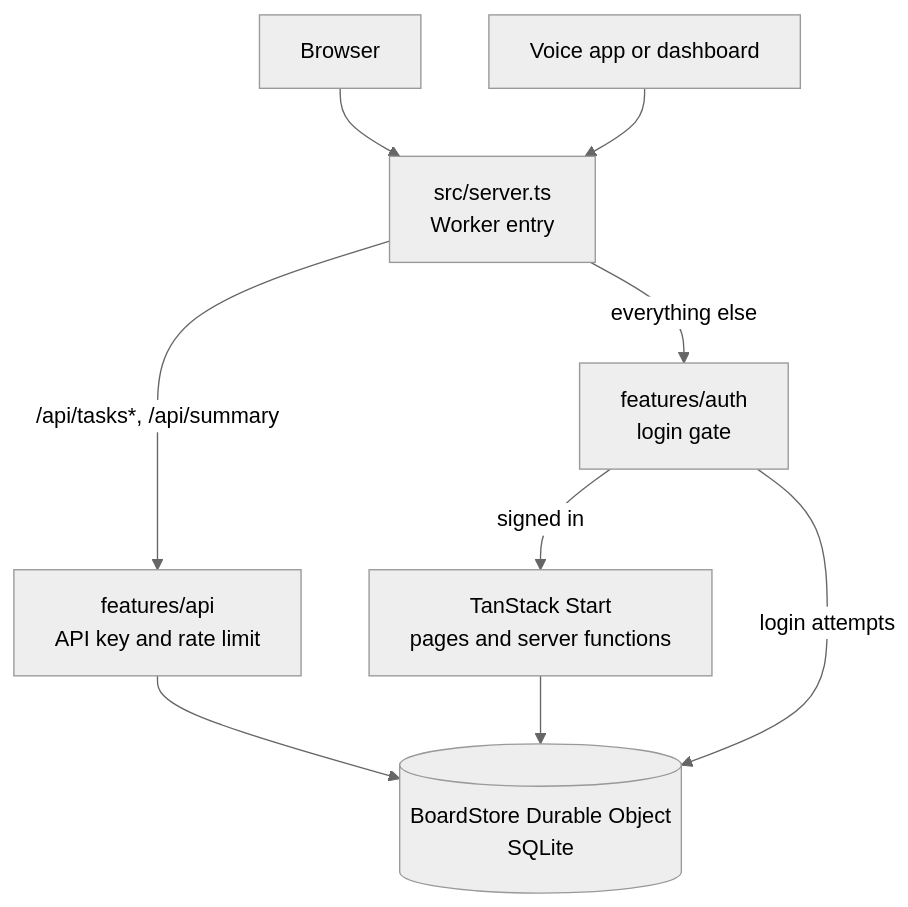
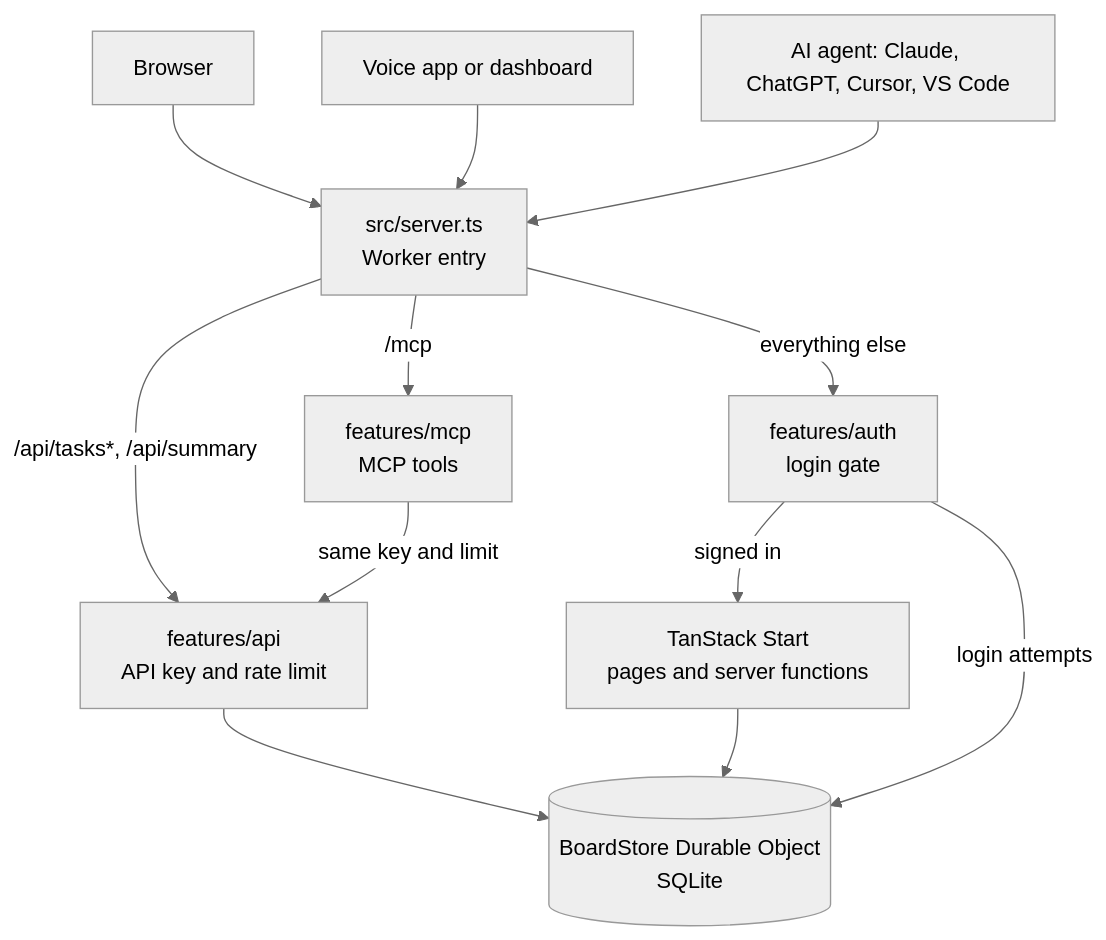
One commit to avinashboy/work-in-hand changed the diagram in docs/ARCHITECTURE.md. Above: the diagram before and after it, drawn with Mermaid (neutral theme). The commit also changed other lines of this file and 16 other files, not shown here.

````diff
--- a/docs/ARCHITECTURE.md
+++ b/docs/ARCHITECTURE.md
@@ -9,12 +9,15 @@
 ```mermaid
 flowchart TD
     A[Browser] --> W
     B[Voice app or dashboard] --> W
+    C[AI agent: Claude, ChatGPT, Cursor, VS Code] --> W
     W["src/server.ts<br/>Worker entry"] -->|"/api/tasks*, /api/summary"| API["features/api<br/>API key and rate limit"]
+    W -->|"/mcp"| MCP["features/mcp<br/>MCP tools"]
+    MCP -->|same key and limit| API
     W -->|everything else| GATE["features/auth<br/>login gate"]
     GATE -->|signed in| START["TanStack Start<br/>pages and server functions"]
     START --> DO
     API --> DO
     GATE -->|login attempts| DO
     DO[("BoardStore Durable Object<br/>SQLite")]
 ```
````
